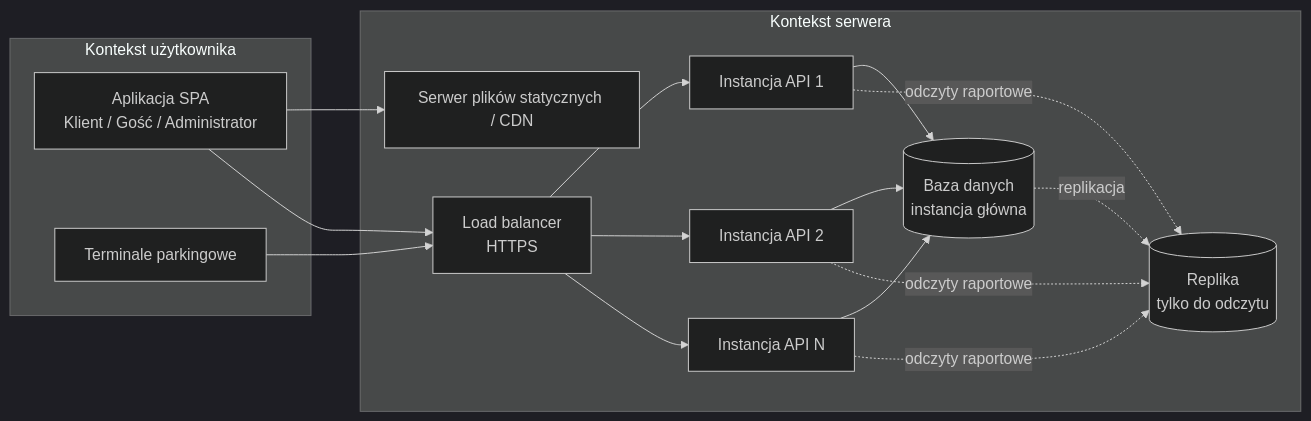
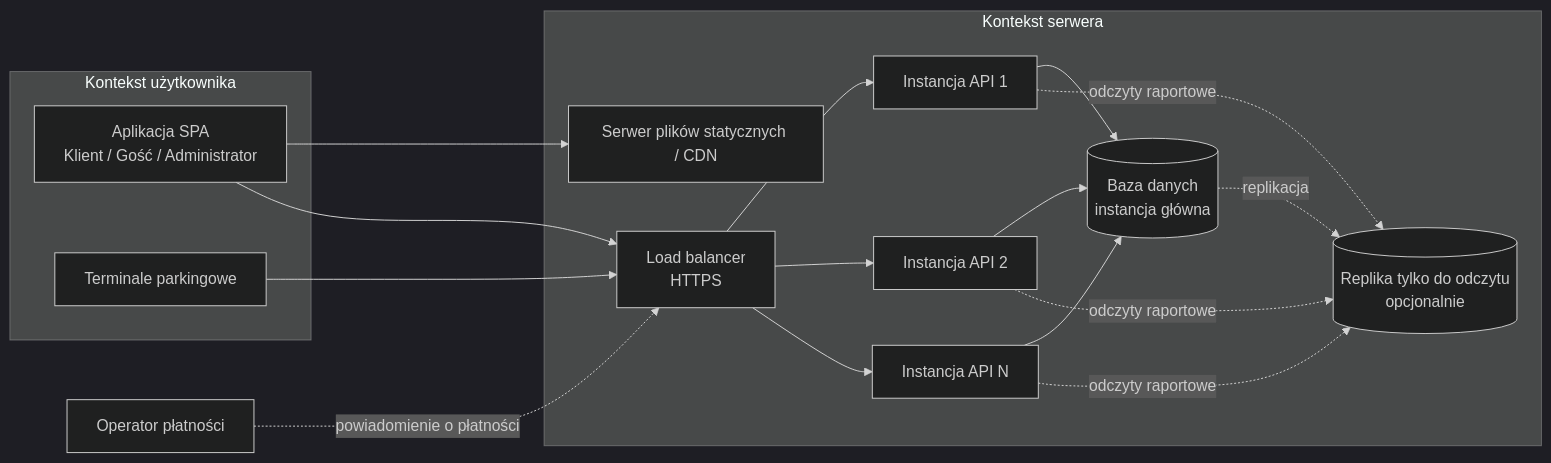
The diagram in etap2/21architektura.md (DDanulo/Kompetencyjny-team-1), drawn with Mermaid (dark theme) before and after one commit. The commit also changed other lines of this file, not shown here.

````diff
--- a/etap2/21architektura.md
+++ b/etap2/21architektura.md
@@ -61,23 +61,25 @@
 ```mermaid
 flowchart LR
     subgraph U[Kontekst użytkownika]
         SPA[Aplikacja SPA<br/>Klient / Gość / Administrator]
         T[Terminale parkingowe]
     end
+    OP[Operator płatności]
     subgraph S[Kontekst serwera]
         CDN[Serwer plików statycznych / CDN]
         LB[Load balancer<br/>HTTPS]
         A1[Instancja API 1]
         A2[Instancja API 2]
         AN[Instancja API N]
         DB[(Baza danych<br/>instancja główna)]
-        R[(Replika<br/>tylko do odczytu)]
+        R[(Replika tylko do odczytu<br/>opcjonalnie)]
     end
     SPA --> CDN
     SPA --> LB
     T --> LB
+    OP -.powiadomienie o płatności.-> LB
     LB --> A1 & A2 & AN
     A1 & A2 & AN --> DB
     A1 & A2 & AN -.odczyty raportowe.-> R
     DB -.replikacja.-> R
 ```
````
